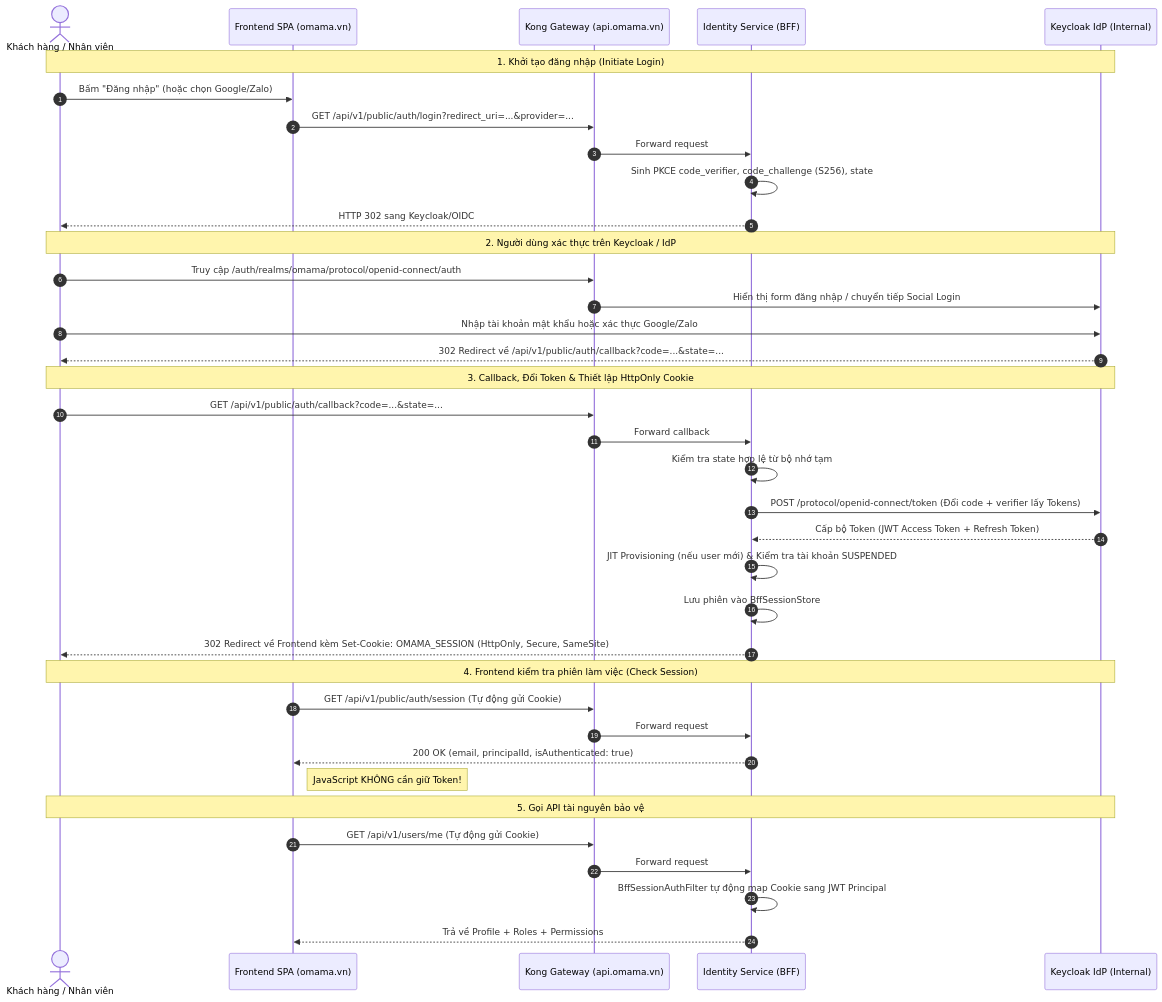
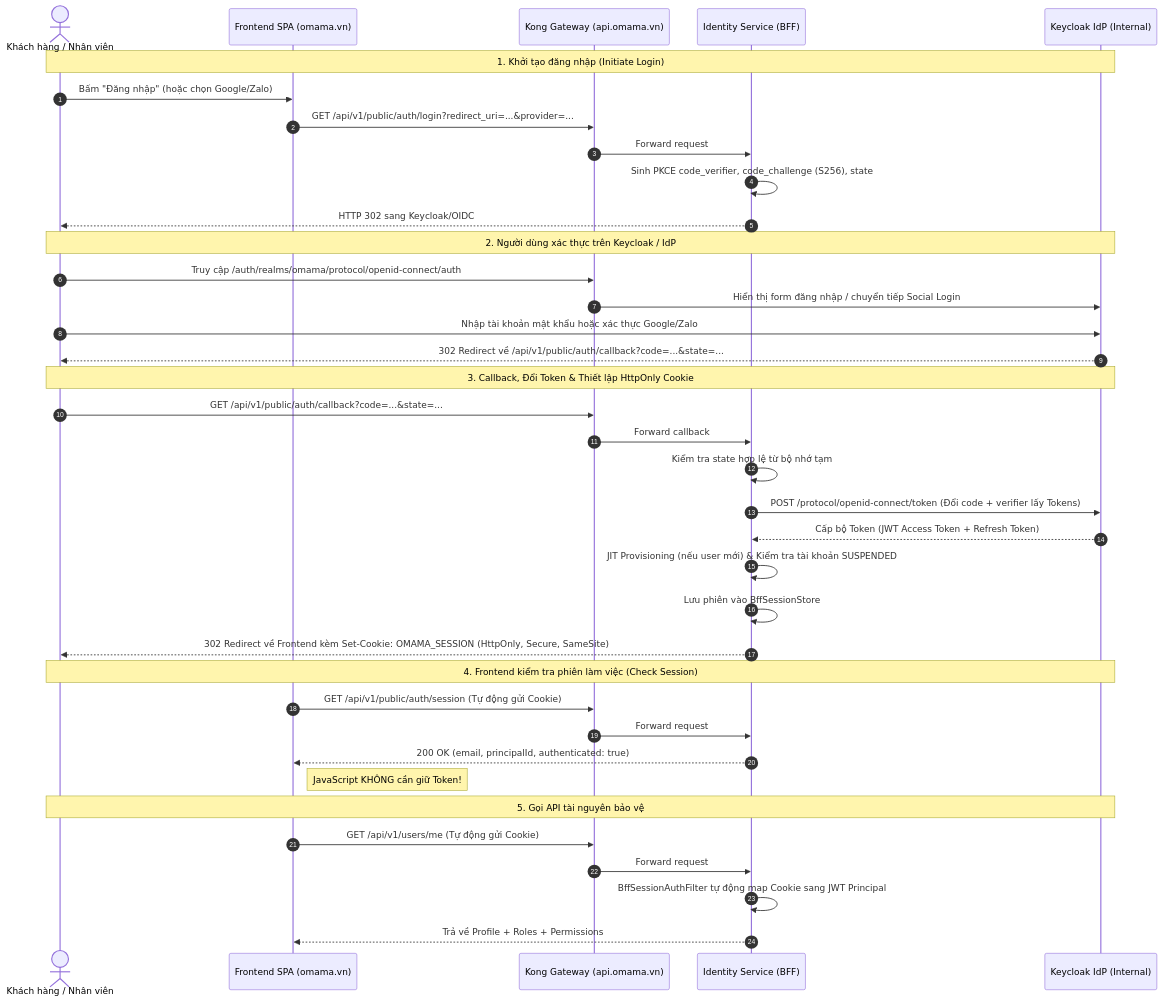
The diagram in docs/03_api_specs/frontend-auth-contract.md (hvduong2k5/DUT.PBL6), drawn with Mermaid before and after one commit. The commit also changed 2 other files, not shown here.

Commit message:
test(catalog): reject customer admin access and bind verified employee actor

````diff
--- a/docs/03_api_specs/frontend-auth-contract.md
+++ b/docs/03_api_specs/frontend-auth-contract.md
@@ -42,44 +42,44 @@
 ```mermaid
 sequenceDiagram
     autonumber
     actor User as Khách hàng / Nhân viên
     participant FE as Frontend SPA (omama.vn)
     participant GW as Kong Gateway (api.omama.vn)
     participant BFF as Identity Service (BFF)
     participant KC as Keycloak IdP (Internal)
 
     Note over User,KC: 1. Khởi tạo đăng nhập (Initiate Login)
     User->>FE: Bấm "Đăng nhập" (hoặc chọn Google/Zalo)
     FE->>GW: GET /api/v1/public/auth/login?redirect_uri=...&provider=...
     GW->>BFF: Forward request
     BFF->>BFF: Sinh PKCE code_verifier, code_challenge (S256), state
     BFF-->>User: HTTP 302 sang Keycloak/OIDC
 
     Note over User,KC: 2. Người dùng xác thực trên Keycloak / IdP
     User->>GW: Truy cập /auth/realms/omama/protocol/openid-connect/auth
     GW->>KC: Hiển thị form đăng nhập / chuyển tiếp Social Login
     User->>KC: Nhập tài khoản mật khẩu hoặc xác thực Google/Zalo
     KC-->>User: 302 Redirect về /api/v1/public/auth/callback?code=...&state=...
 
     Note over User,KC: 3. Callback, Đổi Token & Thiết lập HttpOnly Cookie
     User->>GW: GET /api/v1/public/auth/callback?code=...&state=...
     GW->>BFF: Forward callback
     BFF->>BFF: Kiểm tra state hợp lệ từ bộ nhớ tạm
     BFF->>KC: POST /protocol/openid-connect/token (Đổi code + verifier lấy Tokens)
     KC-->>BFF: Cấp bộ Token (JWT Access Token + Refresh Token)
     BFF->>BFF: JIT Provisioning (nếu user mới) & Kiểm tra tài khoản SUSPENDED
     BFF->>BFF: Lưu phiên vào BffSessionStore
     BFF-->>User: 302 Redirect về Frontend kèm Set-Cookie: OMAMA_SESSION (HttpOnly, Secure, SameSite)
 
     Note over User,KC: 4. Frontend kiểm tra phiên làm việc (Check Session)
     FE->>GW: GET /api/v1/public/auth/session (Tự động gửi Cookie)
     GW->>BFF: Forward request
-    BFF-->>FE: 200 OK (email, principalId, isAuthenticated: true)
+    BFF-->>FE: 200 OK (email, principalId, authenticated: true)
     Note right of FE: JavaScript KHÔNG cần giữ Token!
 
     Note over User,KC: 5. Gọi API tài nguyên bảo vệ
     FE->>GW: GET /api/v1/users/me (Tự động gửi Cookie)
     GW->>BFF: Forward request
     BFF->>BFF: BffSessionAuthFilter tự động map Cookie sang JWT Principal
     BFF-->>FE: Trả về Profile + Roles + Permissions
 ```
````
